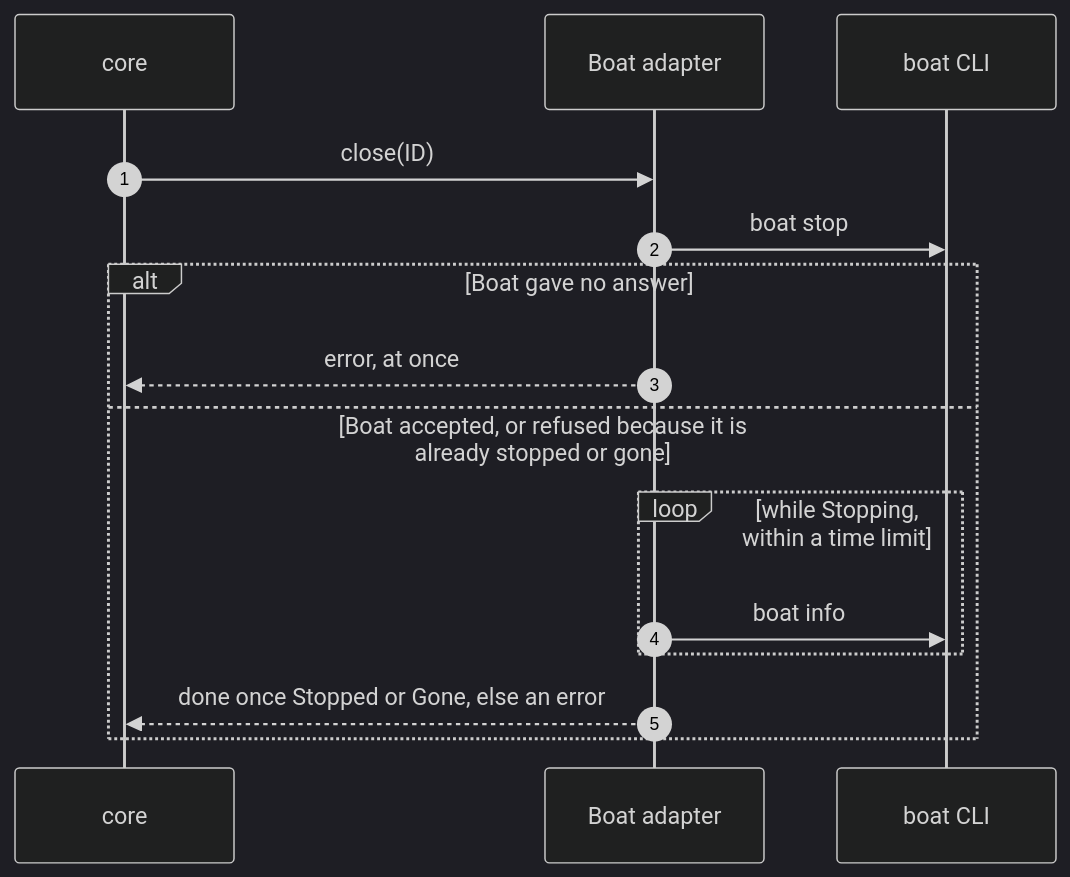
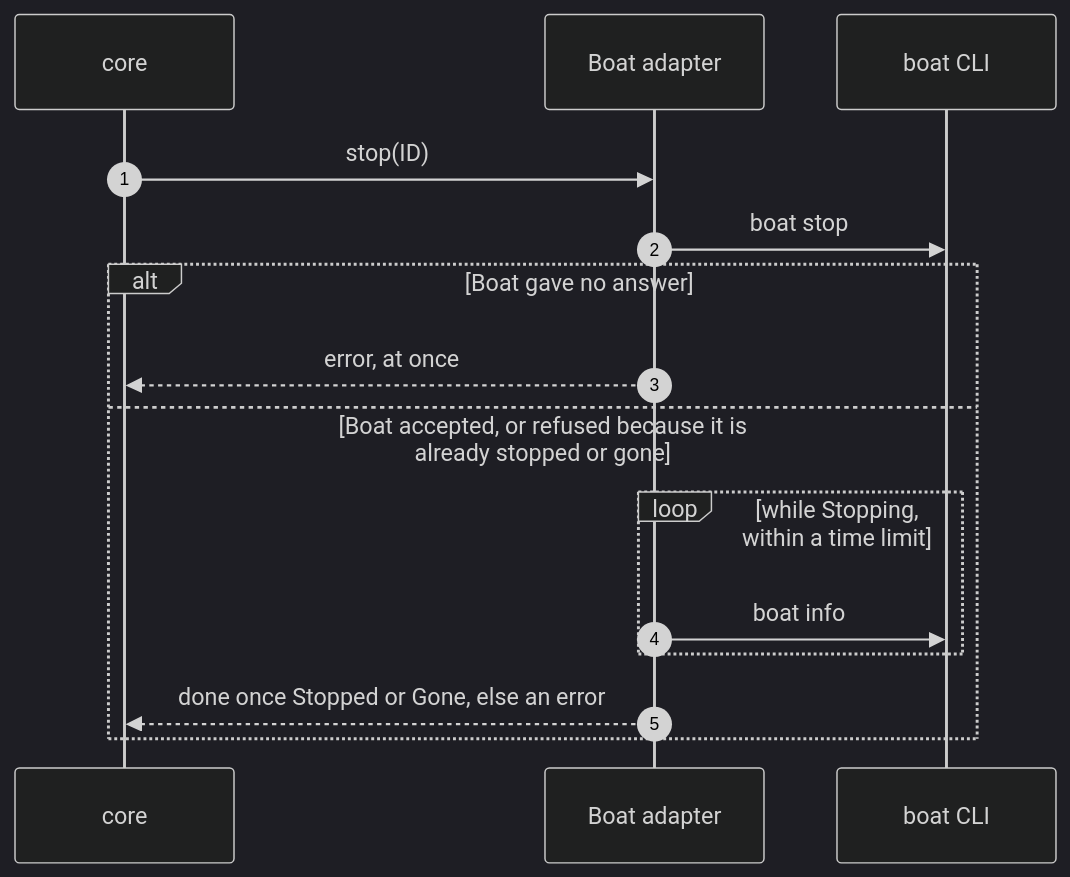
The eighth of 10 diagrams in docs/providers/boat.md (NextNodeSolutions/workspace), drawn with Mermaid (dark theme) before and after one commit. The commit also changed other lines of this file and 28 other files, not shown here.

````diff
--- a/docs/providers/boat.md
+++ b/docs/providers/boat.md
@@ -163,17 +219,17 @@
 ```mermaid
 sequenceDiagram
     autonumber
     participant Core as core
     participant A as Boat adapter
     participant B as boat CLI
-    Core->>A: close(ID)
+    Core->>A: stop(ID)
     A->>B: boat stop
     alt Boat gave no answer
         A-->>Core: error, at once
     else Boat accepted, or refused because it is already stopped or gone
         loop while Stopping, within a time limit
             A->>B: boat info
         end
         A-->>Core: done once Stopped or Gone, else an error
     end
 ```
````
